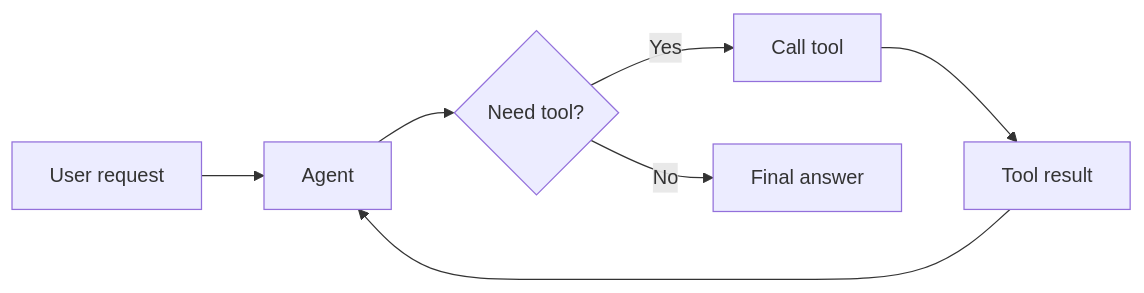
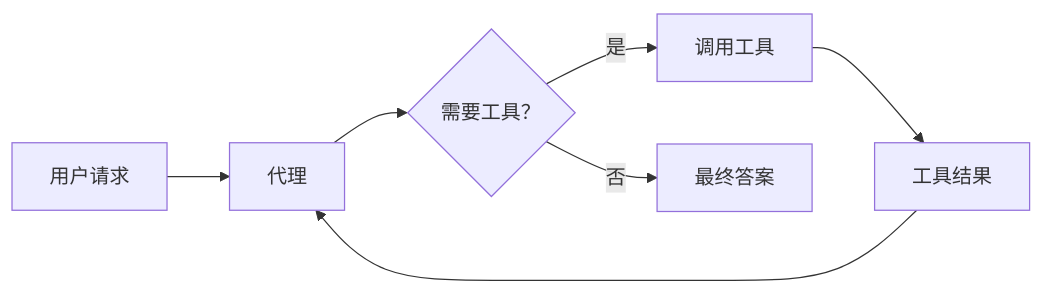
The third of 4 diagrams in oss/javascript/langchain/component-architecture.mdx (kunfan96/cndocs-langchain), drawn with Mermaid before and after one commit. The commit also changed other lines of this file and 288 other files, not shown here.

````diff
--- a/oss/javascript/langchain/component-architecture.mdx
+++ b/oss/javascript/langchain/component-architecture.mdx
@@ -91,9 +91,9 @@
 ```mermaid
 graph LR
-    A[User request] --> B[Agent]
-    B --> C{Need tool?}
-    C -->|Yes| D[Call tool]
-    D --> E[Tool result]
+    A[用户请求] --> B[代理]
+    B --> C{需要工具？}
+    C -->|是| D[调用工具]
+    D --> E[工具结果]
     E --> B
-    C -->|No| F[Final answer]
+    C -->|否| F[最终答案]
 ```
````
